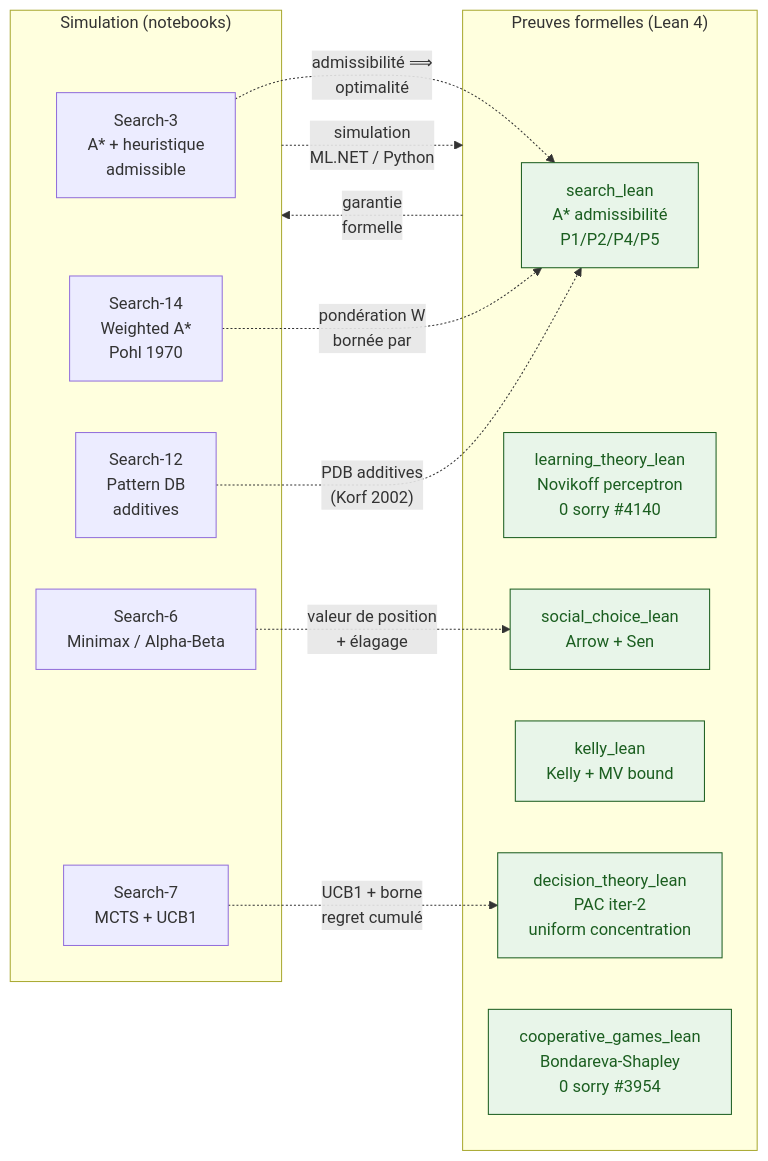
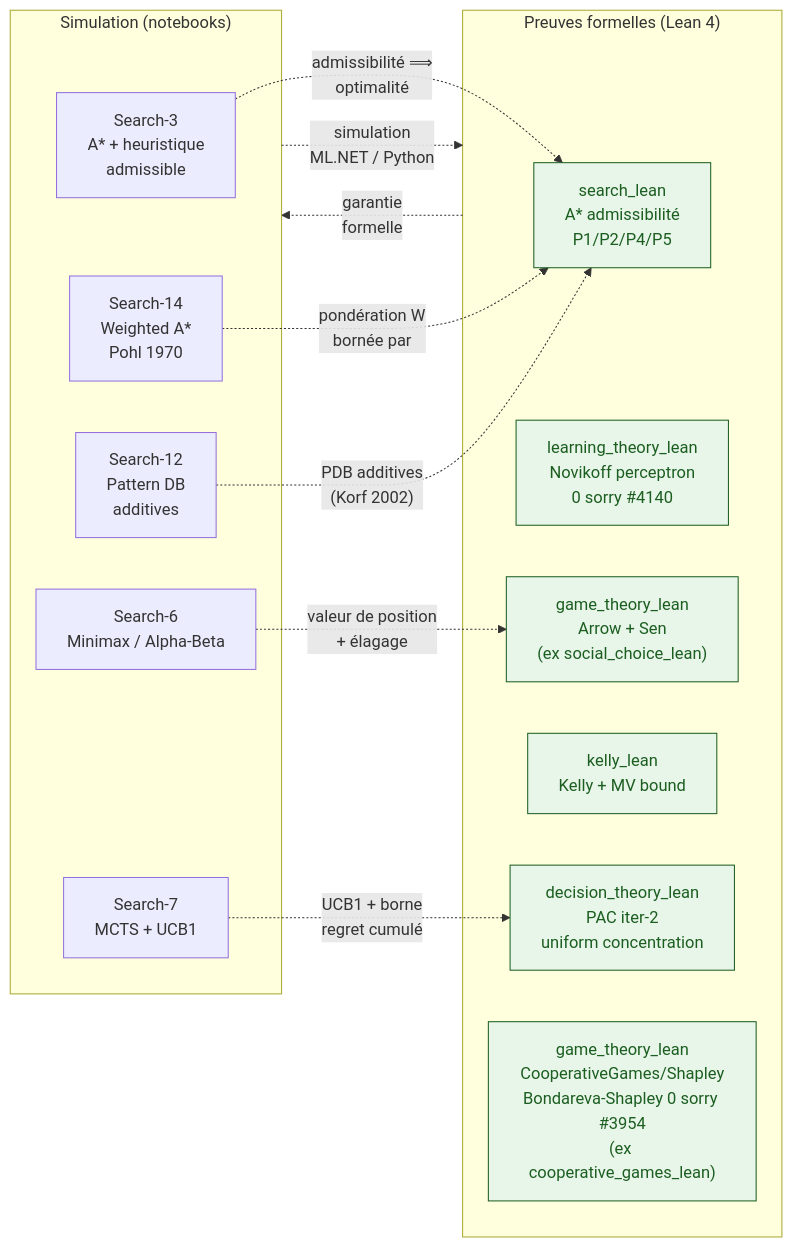
Before and after one commit to jsboige/CoursIA: the second of 2 diagrams in MyIA.AI.Notebooks/Search/README.md, drawn with Mermaid. The commit also changed other lines of this file, not shown here.

Commit message:
fix(search,#4365): stale social_choice_lean/cooperative_games_lean refs in Search/README.md §E + mermaid (post-#4365)

````diff
--- a/MyIA.AI.Notebooks/Search/README.md
+++ b/MyIA.AI.Notebooks/Search/README.md
@@ -708,27 +708,27 @@
 ```mermaid
 flowchart LR
     subgraph SIM["Simulation (notebooks)"]
         S3["Search-3<br/>A* + heuristique<br/>admissible"]
         S14["Search-14<br/>Weighted A*<br/>Pohl 1970"]
         S12["Search-12<br/>Pattern DB<br/>additives"]
         S6["Search-6<br/>Minimax / Alpha-Beta"]
         S7["Search-7<br/>MCTS + UCB1"]
     end
     subgraph LEAN["Preuves formelles (Lean 4)"]
         LA["search_lean<br/>A* admissibilité<br/>P1/P2/P4/P5"]
         LM["learning_theory_lean<br/>Novikoff perceptron<br/>0 sorry #4140"]
         LP["decision_theory_lean<br/>PAC iter-2<br/>uniform concentration"]
         LK["kelly_lean<br/>Kelly + MV bound"]
-        LG["social_choice_lean<br/>Arrow + Sen"]
-        LB["cooperative_games_lean<br/>Bondareva-Shapley<br/>0 sorry #3954"]
+        LG["game_theory_lean<br/>Arrow + Sen<br/>(ex social_choice_lean)"]
+        LB["game_theory_lean<br/>CooperativeGames/Shapley<br/>Bondareva-Shapley 0 sorry #3954<br/>(ex cooperative_games_lean)"]
     end
     S3 -.->|"admissibilité ⟹<br/>optimalité"| LA
     S14 -.->|"pondération W<br/>bornée par"| LA
     S12 -.->|"PDB additives<br/>(Korf 2002)"| LA
     S6 -.->|"valeur de position<br/>+ élagage"| LG
     S7 -.->|"UCB1 + borne<br/>regret cumulé"| LP
     SIM -.->|"simulation<br/>ML.NET / Python"| LEAN
     LEAN -.->|"garantie<br/>formelle"| SIM
     classDef lean fill:#e8f5e9,stroke:#1b5e20,color:#1b5e20
     class LA,LM,LP,LK,LG,LB lean
 ```
````
